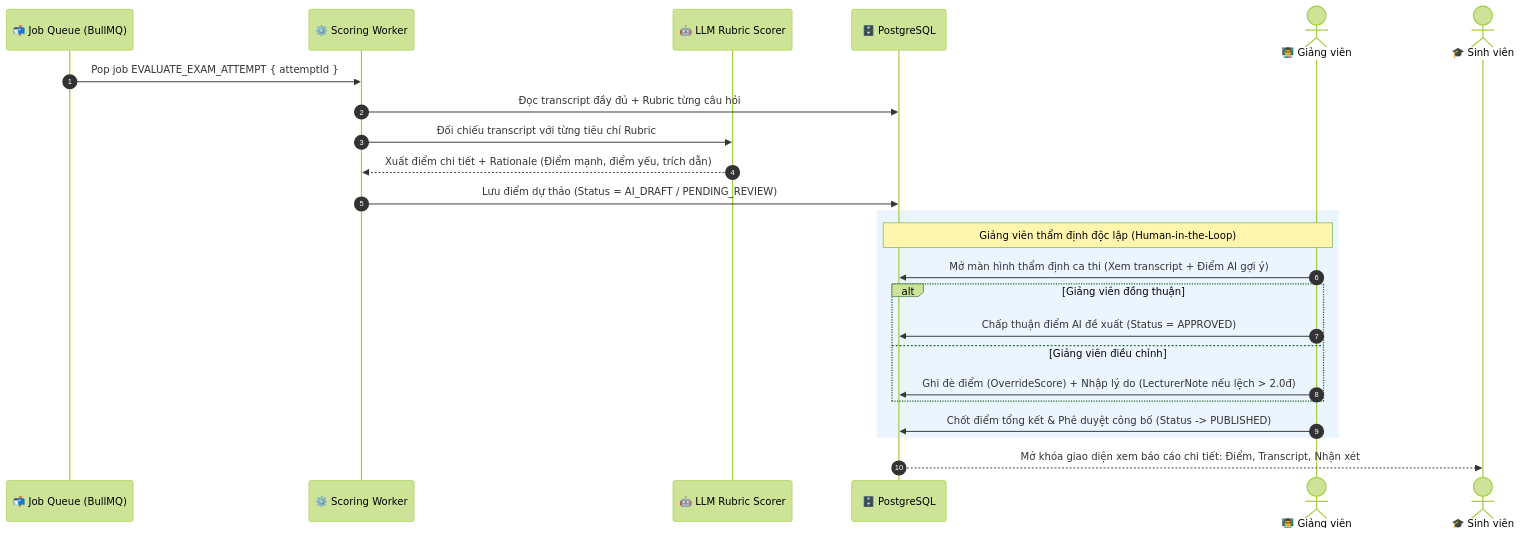
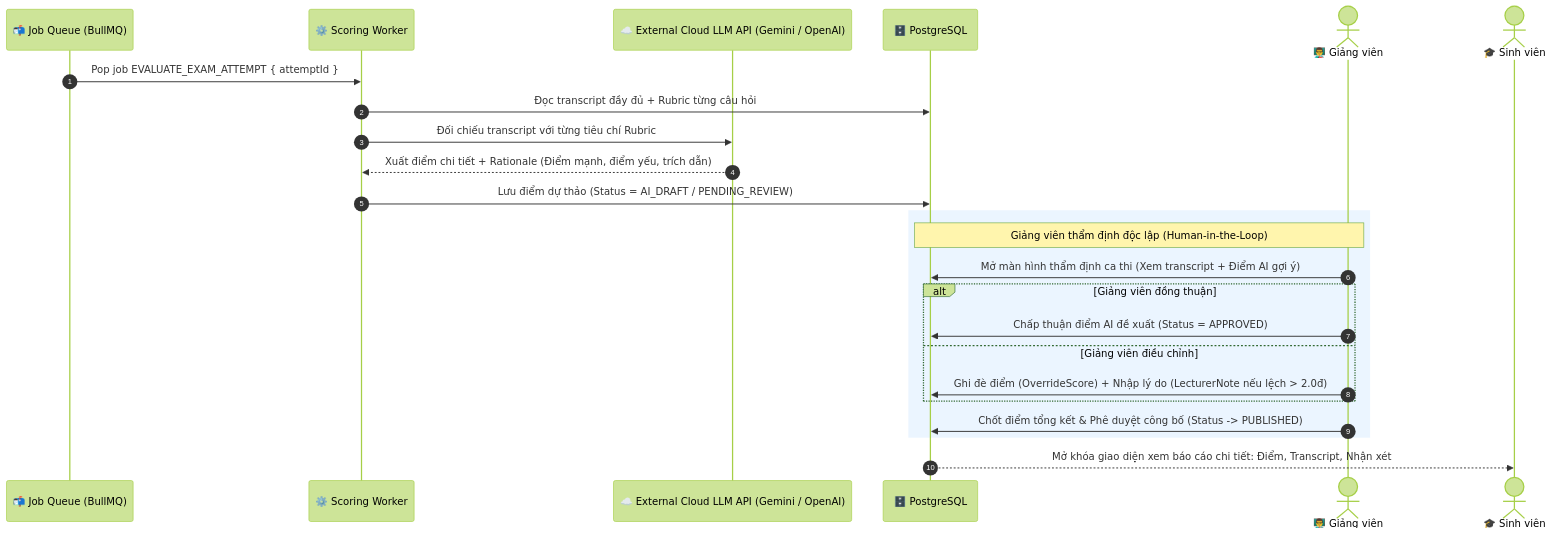
One commit to SWD392-Group-4/AI-powered-Viva-Exam-System changed the third of 3 diagrams in document/core-workflows.md. Above: the diagram before and after it, drawn with Mermaid (forest theme). The commit also changed other lines of this file and 6 other files, not shown here.

Commit message:
docs: add system architecture, business rules, workflows, and use-case diagram for AIVES

````diff
--- a/document/core-workflows.md
+++ b/document/core-workflows.md
@@ -132,29 +132,29 @@
 ```mermaid
 sequenceDiagram
     autonumber
     participant QUEUE as 📬 Job Queue (BullMQ)
     participant WORKER as ⚙️ Scoring Worker
-    participant AI as 🤖 LLM Rubric Scorer
+    participant AI as ☁️ External Cloud LLM API (Gemini / OpenAI)
     participant DB as 🗄️ PostgreSQL
     actor LEC as 👨‍🏫 Giảng viên
     actor STU as 🎓 Sinh viên
 
     QUEUE->>WORKER: Pop job EVALUATE_EXAM_ATTEMPT { attemptId }
     WORKER->>DB: Đọc transcript đầy đủ + Rubric từng câu hỏi
     WORKER->>AI: Đối chiếu transcript với từng tiêu chí Rubric
     AI-->>WORKER: Xuất điểm chi tiết + Rationale (Điểm mạnh, điểm yếu, trích dẫn)
     WORKER->>DB: Lưu điểm dự thảo (Status = AI_DRAFT / PENDING_REVIEW)
     
     rect rgb(235, 245, 255)
         Note over LEC,DB: Giảng viên thẩm định độc lập (Human-in-the-Loop)
         LEC->>DB: Mở màn hình thẩm định ca thi (Xem transcript + Điểm AI gợi ý)
         alt Giảng viên đồng thuận
             LEC->>DB: Chấp thuận điểm AI đề xuất (Status = APPROVED)
         else Giảng viên điều chỉnh
             LEC->>DB: Ghi đè điểm (OverrideScore) + Nhập lý do (LecturerNote nếu lệch > 2.0đ)
         end
         LEC->>DB: Chốt điểm tổng kết & Phê duyệt công bố (Status -> PUBLISHED)
     end
     
     DB-->>STU: Mở khóa giao diện xem báo cáo chi tiết: Điểm, Transcript, Nhận xét
 ```
````
